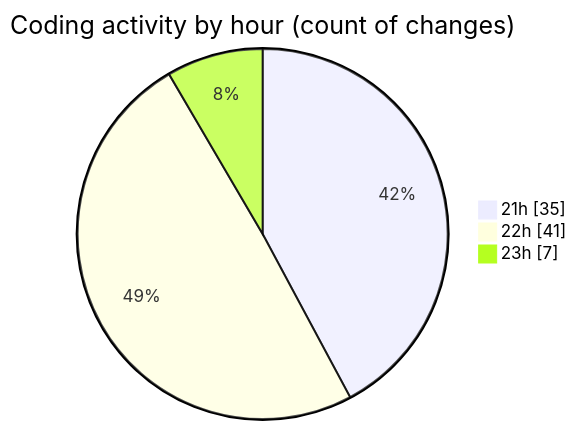
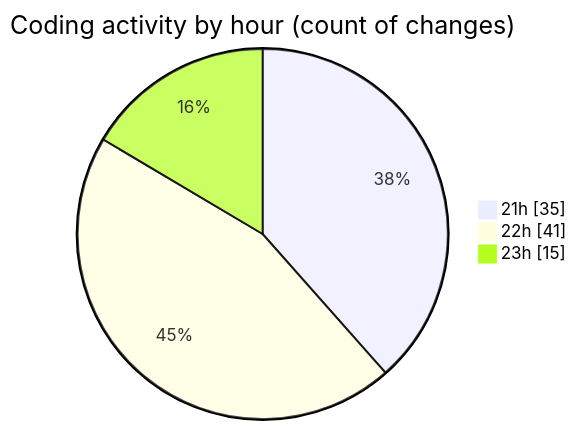
The second of 2 diagrams in 2025-01-19/typing_game/README.md (Ritupan-Deka/code-tracking), drawn with Mermaid before and after one commit. The commit also changed other lines of this file and 1 other file, not shown here.

````diff
--- a/2025-01-19/typing_game/README.md
+++ b/2025-01-19/typing_game/README.md
@@ -32,7 +32,7 @@
 ```mermaid
 pie showData
 title Coding activity by hour (count of changes)
 "21h" : 35
 "22h" : 41
-"23h" : 7
+"23h" : 15
 ```
````
